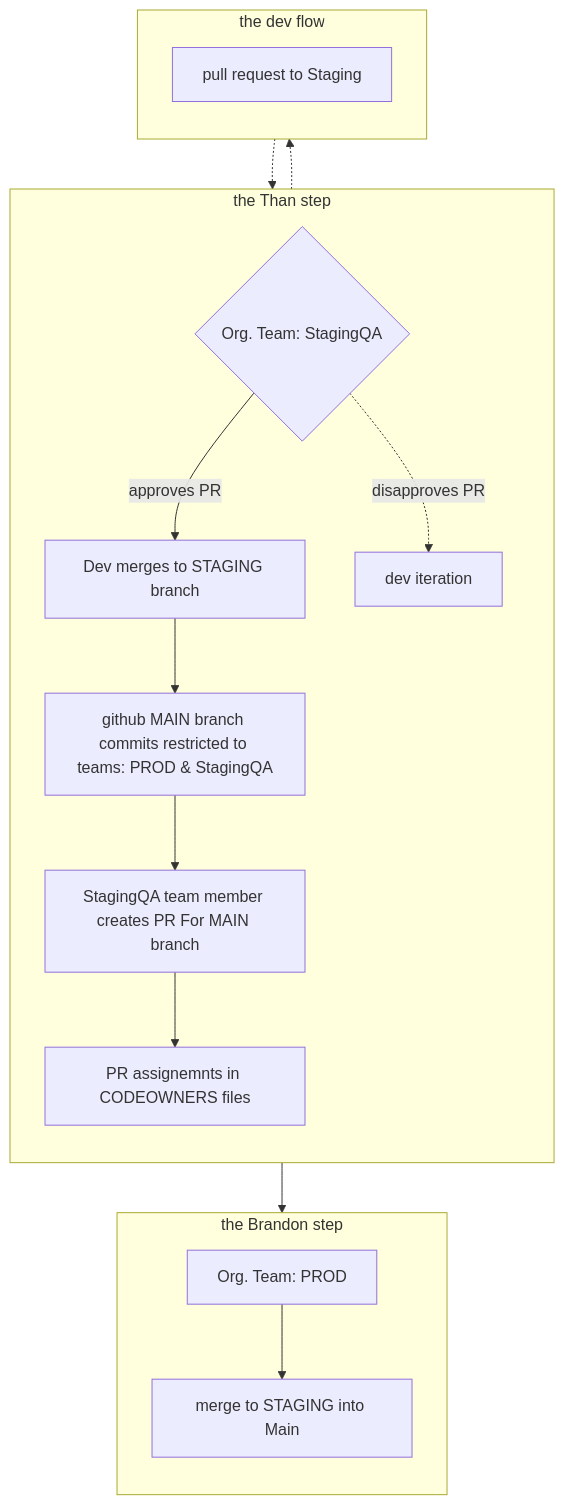
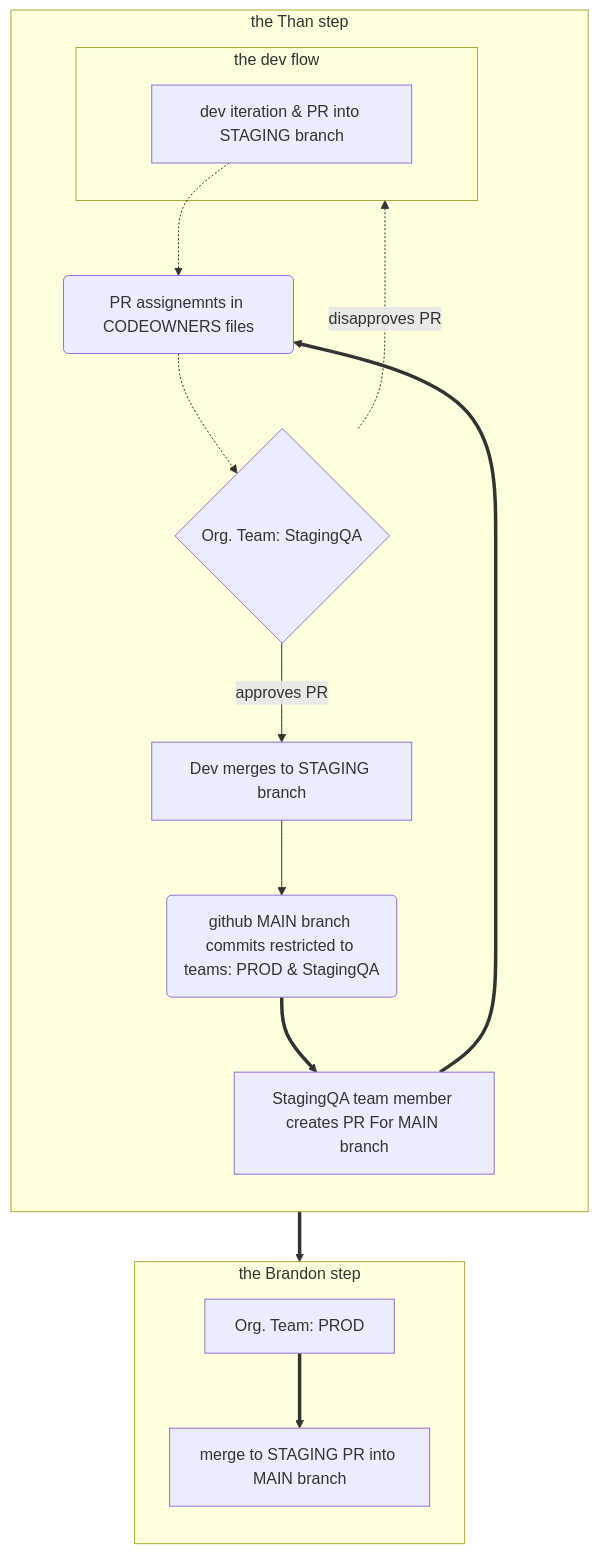
The diagram in README.md (test123432234/test-config), drawn with Mermaid before and after one commit.

````diff
--- a/README.md
+++ b/README.md
@@ -16,27 +16,25 @@
 ```mermaid 
 flowchart TB
+      branchGating("github MAIN branch commits restricted to teams: PROD & StagingQA")
+      coFile("PR assignemnts in CODEOWNERS files")
+
   subgraph PROD["the Brandon step"]
       direction TB
-      prPRODTeam["Org. Team: PROD"] -->  prodDone["merge to STAGING into Main"] 
+      prPRODTeam["Org. Team: PROD"] ==>  prodDone["merge to STAGING PR into MAIN branch"] 
   end
   
   subgraph STAGING["the Than step"]
       direction TB
-prQATeam{"Org. Team: StagingQA"}
-      prQATeam -- "approves PR" --> devDone["Dev merges to STAGING branch"]
-      devDone --> branchGating --> prQADone["StagingQA team member creates PR For MAIN branch"]
-      prQADone --> coFile --> prPRODTeam
+      prQATeam{"Org. Team: StagingQA"} -- "approves PR" --> devDone["Dev merges to STAGING branch"]
+      prQATeam -. "disapproves PR" .-> DEV
 
-      prQATeam -. "disapproves PR" .-> devItr
-  end
-  
-      branchGating["github MAIN branch commits restricted to teams: PROD & StagingQA"]
-      coFile["PR assignemnts in CODEOWNERS files"]
+      devDone --> branchGating ==> prQADone["StagingQA team member creates PR For MAIN branch"] ==> coFile ==> prPRODTeam
 
-  subgraph DEV["the dev flow"]
-      direction TB
-      devItr["dev iteration"] -.-> pr["pull request to Staging"] -.-> prQATeam
   end
 
 
+  subgraph DEV["the dev flow"]
+      devItr["dev iteration & PR into STAGING branch"] -.-> coFile -.-> prQATeam
+  end
+
 ```
````
